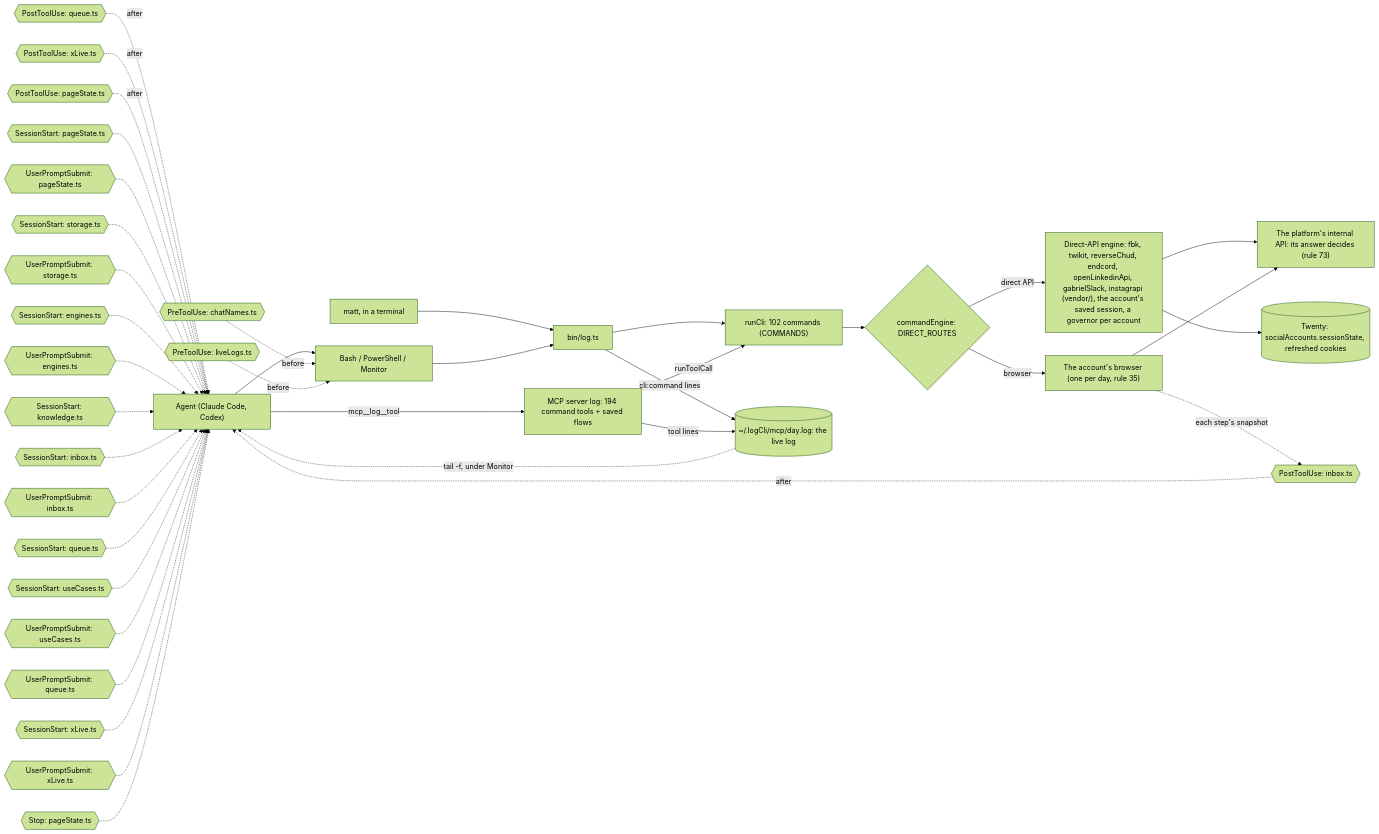
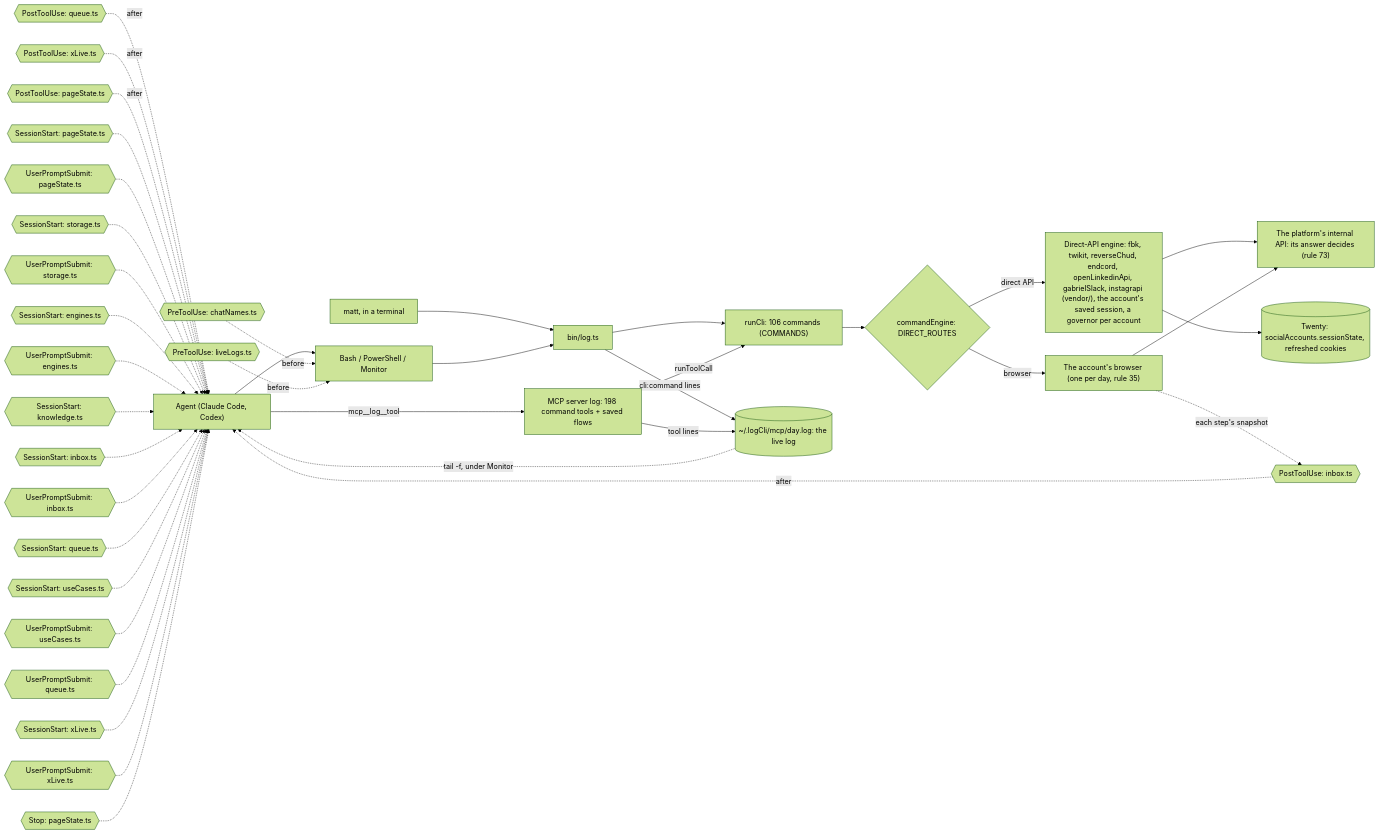
The diagram in docs/diagrams/surface.mmd (matthewdonsemail-lab/log), drawn with Mermaid (forest theme) before and after one commit. The commit also changed 27 other files, not shown here.

Commit message:
feat(discord): servers, channels, forum posts and server search as their own tools

```diff
--- a/docs/diagrams/surface.mmd
+++ b/docs/diagrams/surface.mmd
@@ -1,53 +1,53 @@
 %% How a call reaches log-cli. From a shell or over MCP, both run the same commands through `runCli`, write the same live log, and pass through the same hooks. `commandEngine` sends each command to the platform's direct API or to the account's browser.
 %% Written by `bun run docs:build` from the code (rule 56). Not edited by hand.
 flowchart LR
   agent["Agent (Claude Code, Codex)"]
   matt["matt, in a terminal"]
   shell["Bash / PowerShell / Monitor"]
-  mcp["MCP server log: 194 command tools + saved flows"]
+  mcp["MCP server log: 198 command tools + saved flows"]
   bin["bin/log.ts"]
-  runCli["runCli: 102 commands (COMMANDS)"]
+  runCli["runCli: 106 commands (COMMANDS)"]
   live[("~/.logCli/mcp/day.log: the live log")]
   engine{"commandEngine: DIRECT_ROUTES"}
   direct["Direct-API engine: fbk, twikit, reverseChud, endcord, openLinkedinApi, gabrielSlack, instagrapi (vendor/), the account's saved session, a governor per account"]
   browser["The account's browser (one per day, rule 35)"]
   api["The platform's internal API: its answer decides (rule 73)"]
   twenty[("Twenty: socialAccounts.sessionState, refreshed cookies")]
   agent --> shell
   matt --> bin
   shell --> bin
   agent -->|mcp__log__tool| mcp
   bin --> runCli
   mcp -->|runToolCall| runCli
   runCli --> engine
   engine -->|direct API| direct
   engine -->|browser| browser
   direct --> api
   browser --> api
   direct --> twenty
   bin -->|cli:command lines| live
   mcp -->|tool lines| live
   live -.->|tail -f, under Monitor| agent
   pre0{{"PreToolUse: chatNames.ts"}} -.->|before| shell
   pre1{{"PreToolUse: liveLogs.ts"}} -.->|before| shell
   post0{{"PostToolUse: inbox.ts"}} -.->|after| agent
   post1{{"PostToolUse: queue.ts"}} -.->|after| agent
   post2{{"PostToolUse: xLive.ts"}} -.->|after| agent
   post3{{"PostToolUse: pageState.ts"}} -.->|after| agent
   turn0{{"SessionStart: pageState.ts"}} -.-> agent
   turn1{{"UserPromptSubmit: pageState.ts"}} -.-> agent
   turn2{{"SessionStart: storage.ts"}} -.-> agent
   turn3{{"UserPromptSubmit: storage.ts"}} -.-> agent
   turn4{{"SessionStart: engines.ts"}} -.-> agent
   turn5{{"UserPromptSubmit: engines.ts"}} -.-> agent
   turn6{{"SessionStart: knowledge.ts"}} -.-> agent
   turn7{{"SessionStart: inbox.ts"}} -.-> agent
   turn8{{"UserPromptSubmit: inbox.ts"}} -.-> agent
   turn9{{"SessionStart: queue.ts"}} -.-> agent
   turn10{{"SessionStart: useCases.ts"}} -.-> agent
   turn11{{"UserPromptSubmit: useCases.ts"}} -.-> agent
   turn12{{"UserPromptSubmit: queue.ts"}} -.-> agent
   turn13{{"SessionStart: xLive.ts"}} -.-> agent
   turn14{{"UserPromptSubmit: xLive.ts"}} -.-> agent
   turn15{{"Stop: pageState.ts"}} -.-> agent
   browser -.->|each step's snapshot| post0
```
